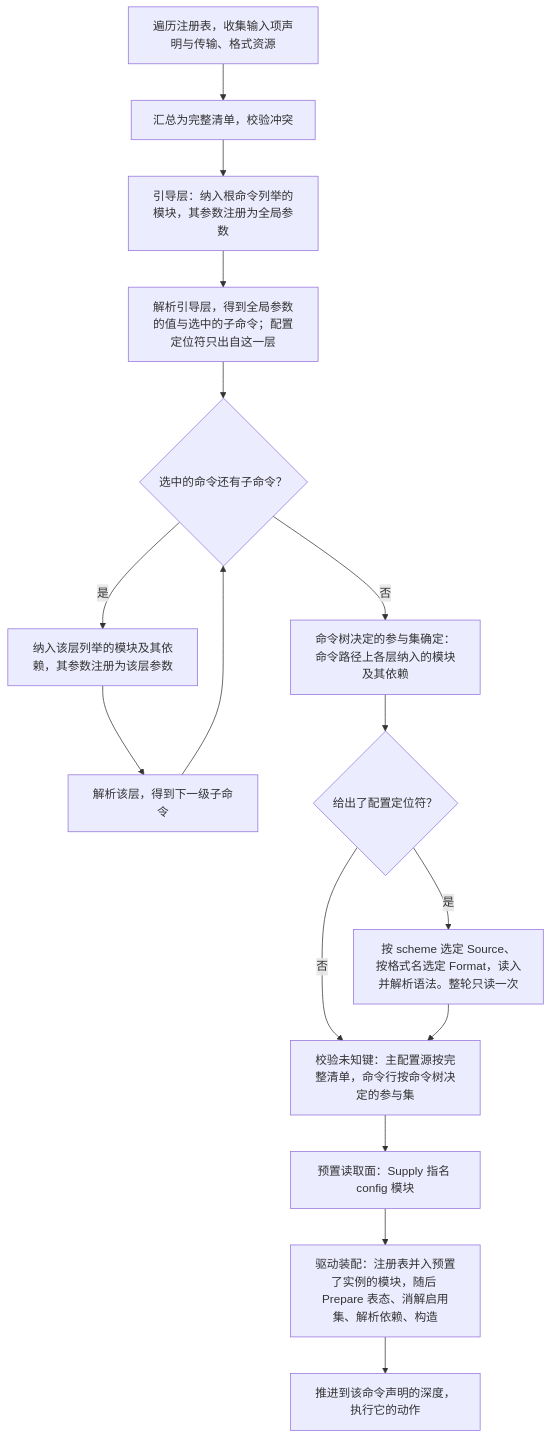
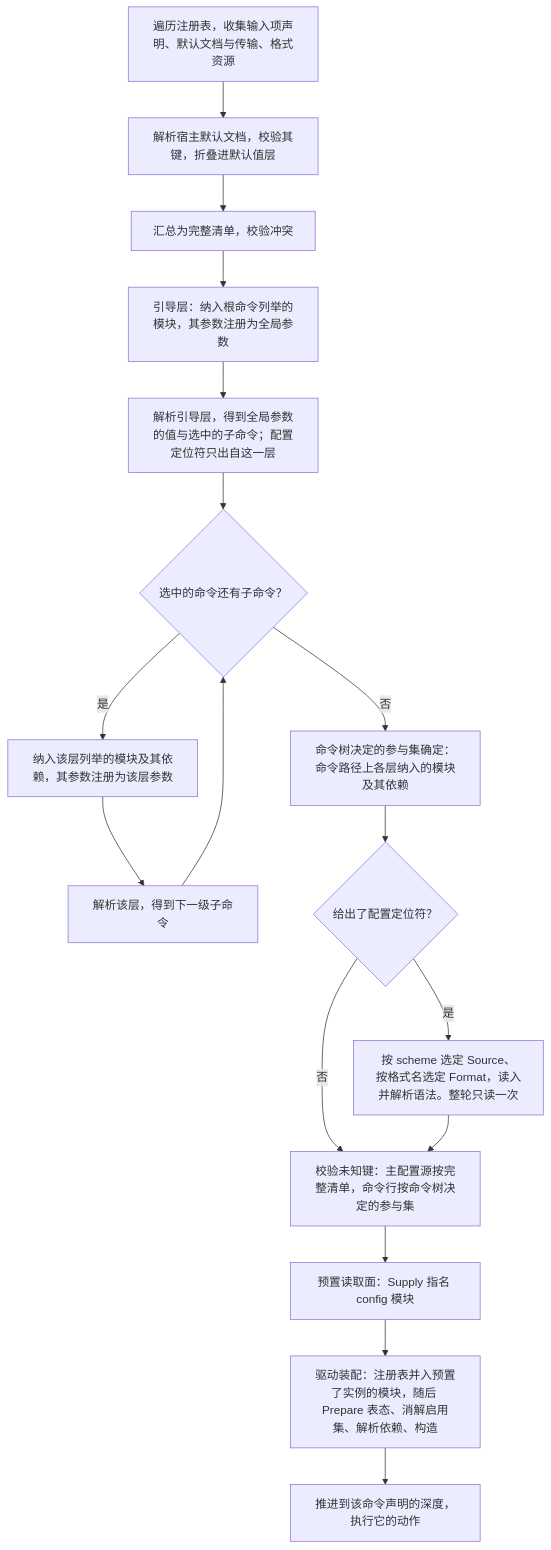
The second of 2 diagrams in docs/design/modules/design-config.md (wangzw/speed), drawn with Mermaid before and after one commit. The commit also changed other lines of this file and 27 other files, not shown here.

````diff
--- a/docs/design/modules/design-config.md
+++ b/docs/design/modules/design-config.md
@@ -371,18 +390,19 @@
 ```mermaid
 flowchart TD
-    collect["遍历注册表，收集输入项声明与传输、格式资源"] --> merge["汇总为完整清单，校验冲突"]
+    collect["遍历注册表，收集输入项声明、默认文档与传输、格式资源"] --> document["解析宿主默认文档，校验其键，折叠进默认值层"]
+    document --> merge["汇总为完整清单，校验冲突"]
     merge --> boot["引导层：纳入根命令列举的模块，其参数注册为全局参数"]
     boot --> first["解析引导层，得到全局参数的值与选中的子命令；配置定位符只出自这一层"]
     first --> leaf{"选中的命令还有子命令？"}
     leaf -- 是 --> descend["纳入该层列举的模块及其依赖，其参数注册为该层参数"]
     descend --> next["解析该层，得到下一级子命令"]
     next --> leaf
     leaf -- 否 --> settle["命令树决定的参与集确定：命令路径上各层纳入的模块及其依赖"]
     settle --> locator{"给出了配置定位符？"}
     locator -- 是 --> read["按 scheme 选定 Source、按格式名选定 Format，读入并解析语法。整轮只读一次"]
     locator -- 否 --> unknown
     read --> unknown["校验未知键：主配置源按完整清单，命令行按命令树决定的参与集"]
     unknown --> supply["预置读取面：Supply 指名 config 模块"]
     supply --> drive["驱动装配：注册表并入预置了实例的模块，随后 Prepare 表态、消解启用集、解析依赖、构造"]
     drive --> act["推进到该命令声明的深度，执行它的动作"]
 ```
````
